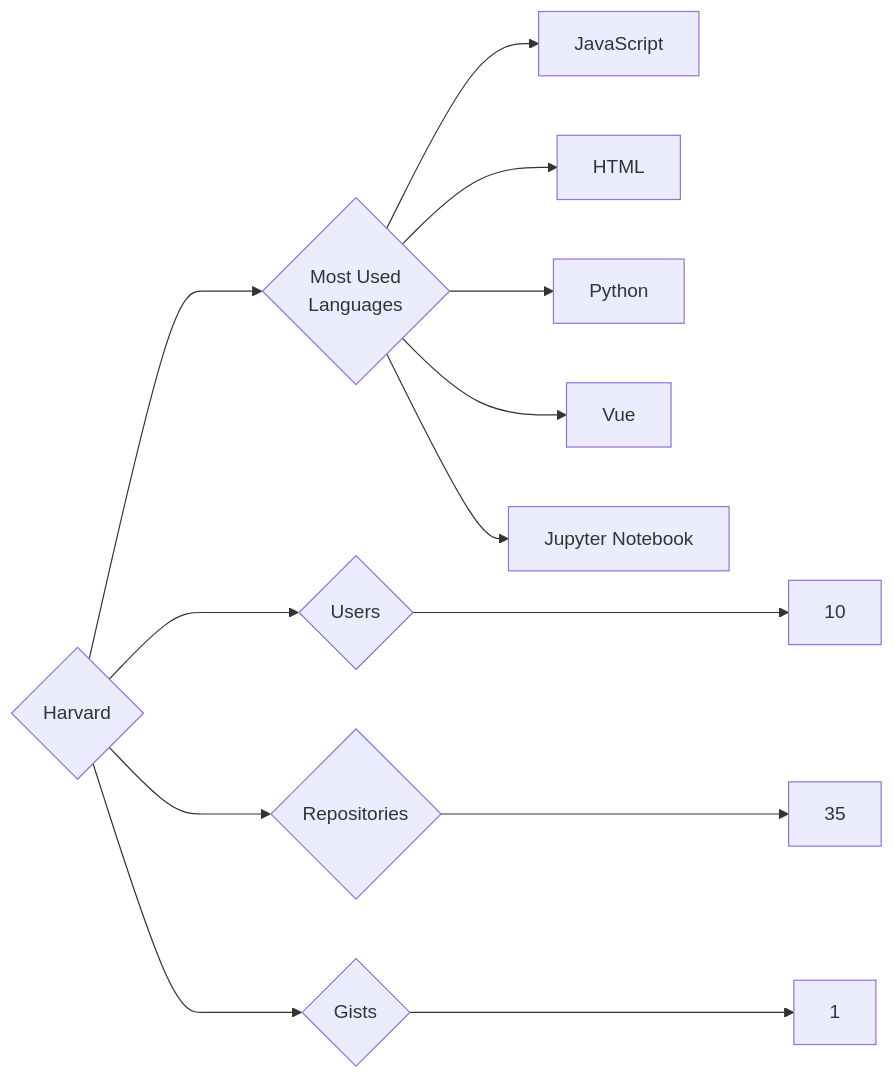
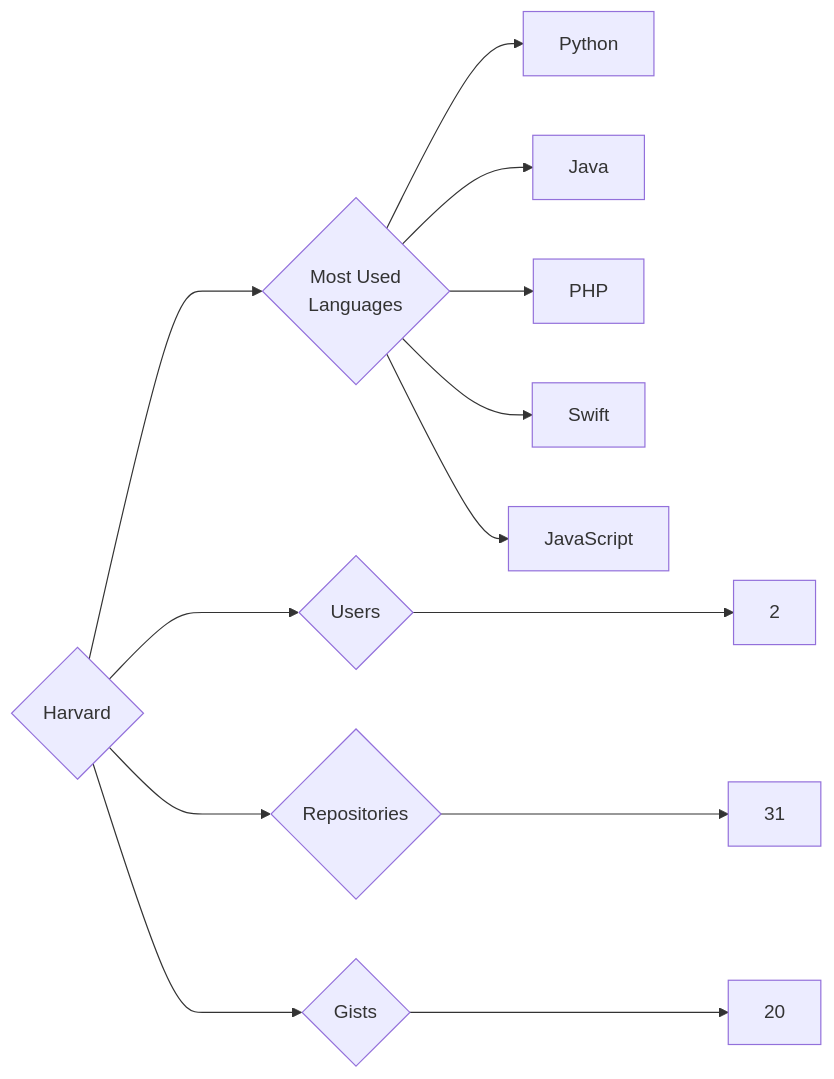
The diagram in targets/Harvard/README.md (trickest/insiders), drawn with Mermaid before and after one commit. The commit also changed 933 other files, not shown here.

````diff
--- a/targets/Harvard/README.md
+++ b/targets/Harvard/README.md
@@ -3,13 +3,13 @@
 ```mermaid
 graph LR
 COMPANY_NAME{Harvard}
-COMPANY_NAME ---> U{Users} ---> UN[10]
-COMPANY_NAME ---> R{Repositories} ---> RN[35]
-COMPANY_NAME ---> G{Gists} ---> GN[1]
+COMPANY_NAME ---> U{Users} ---> UN[2]
+COMPANY_NAME ---> R{Repositories} ---> RN[31]
+COMPANY_NAME ---> G{Gists} ---> GN[20]
 COMPANY_NAME ---> ML{Most Used<br>Languages}
+ML --> Python[Python]
+ML --> Java[Java]
+ML --> PHP[PHP]
+ML --> Swift[Swift]
 ML --> JavaScript[JavaScript]
-ML --> HTML[HTML]
-ML --> Python[Python]
-ML --> Vue[Vue]
-ML --> Jupyter_Notebook[Jupyter Notebook]
 ```
````
